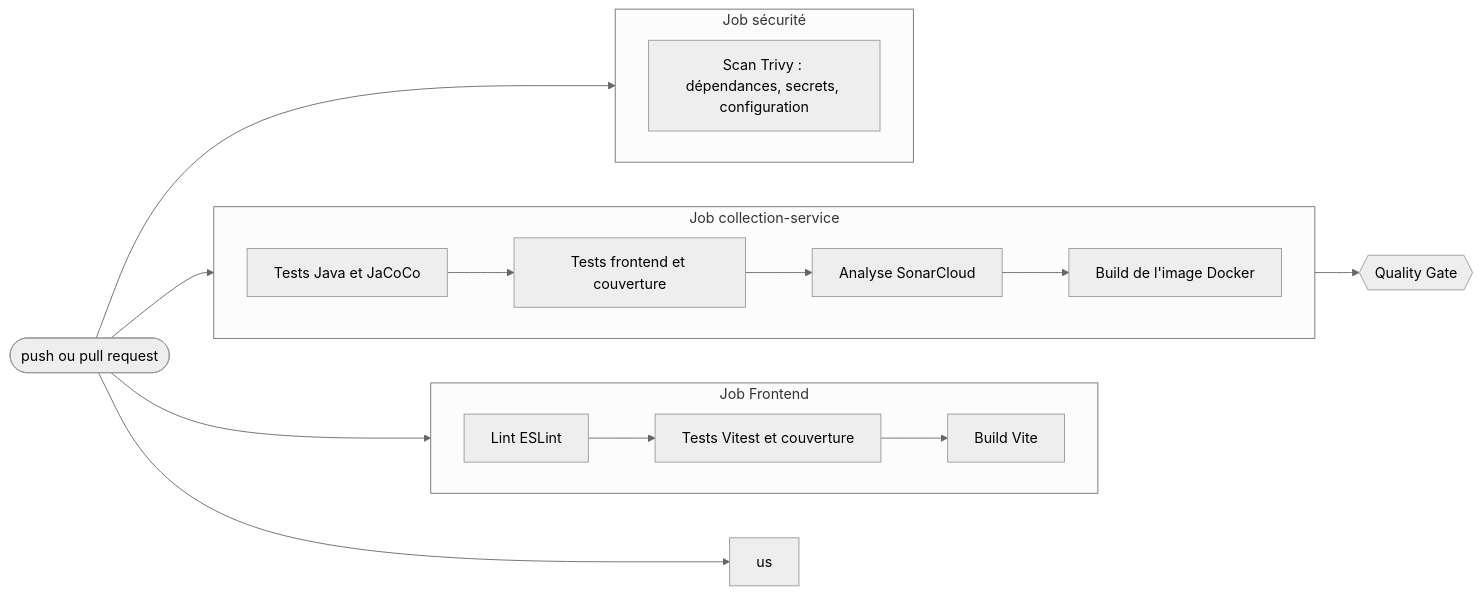
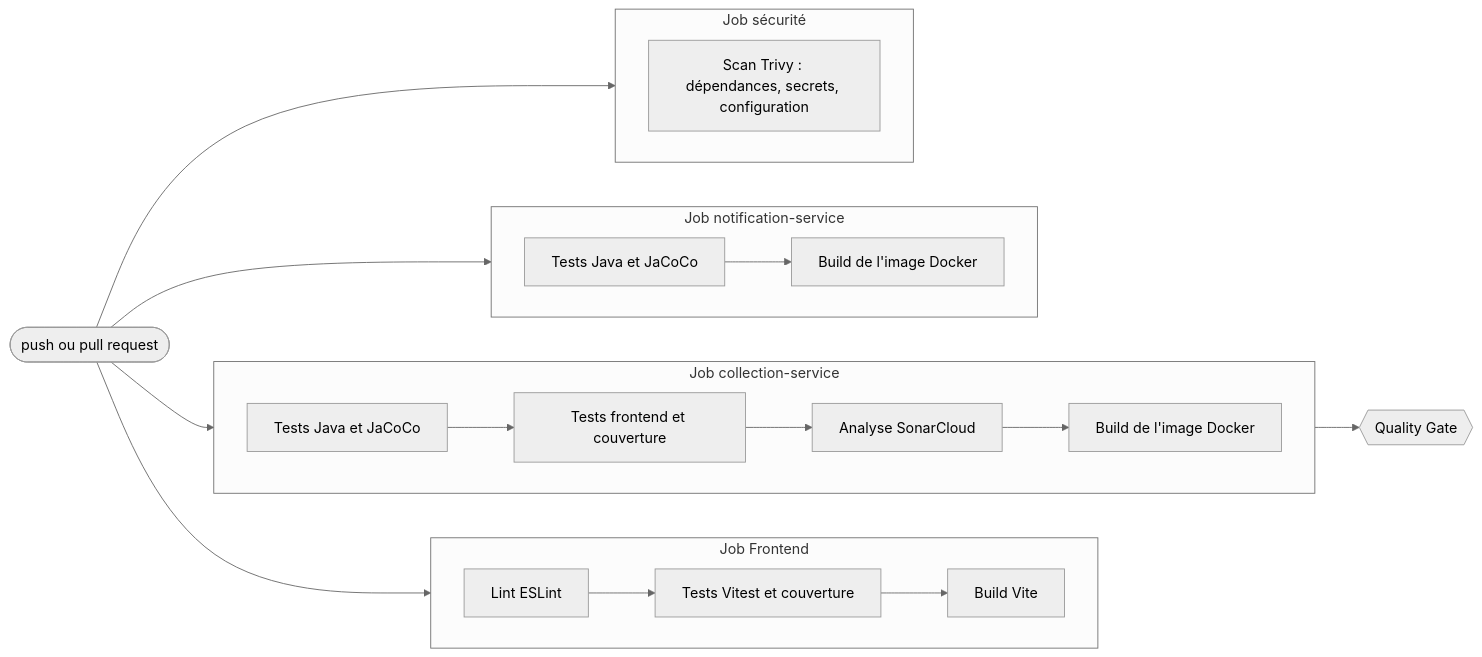
The diagram in docs/tests.md (WALAAHAJJ/collector-indiv), drawn with Mermaid (neutral theme) before and after one commit. The commit also changed 3 other files, not shown here.

Commit message:
docs: notification-service dans Docker Compose, la CI et les schémas

````diff
--- a/docs/tests.md
+++ b/docs/tests.md
@@ -24,25 +24,30 @@
 ```mermaid
 flowchart LR
     push(["push ou pull request"])
 
     subgraph fe["Job Frontend"]
         direction LR
         f1["Lint ESLint"] --> f2["Tests Vitest et couverture"] --> f3["Build Vite"]
     end
 
     subgraph cs["Job collection-service"]
         direction LR
         c1["Tests Java et JaCoCo"] --> c2["Tests frontend et couverture"] --> c3["Analyse SonarCloud"] --> c4["Build de l'image Docker"]
     end
 
+    subgraph ns["Job notification-service"]
+        direction LR
+        n1["Tests Java et JaCoCo"] --> n2["Build de l'image Docker"]
+    end
+
     subgraph sec["Job sécurité"]
         direction LR
         s1["Scan Trivy : dépendances, secrets, configuration"]
     end
 
     push --> fe
     push --> cs
-    push --> us
+    push --> ns
     push --> sec
     c3 --> gate{{"Quality Gate"}}
 ```
````
